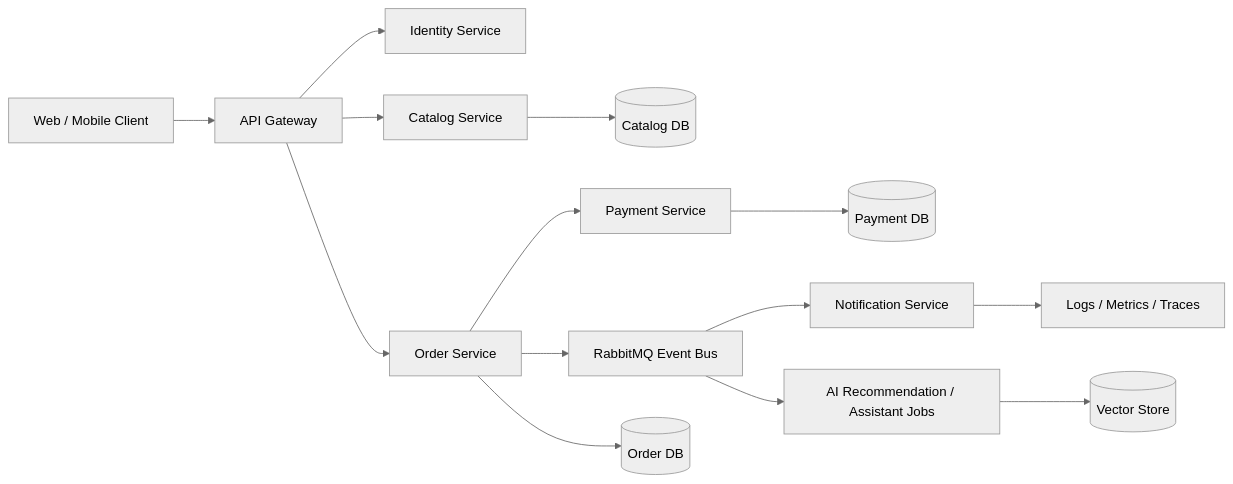
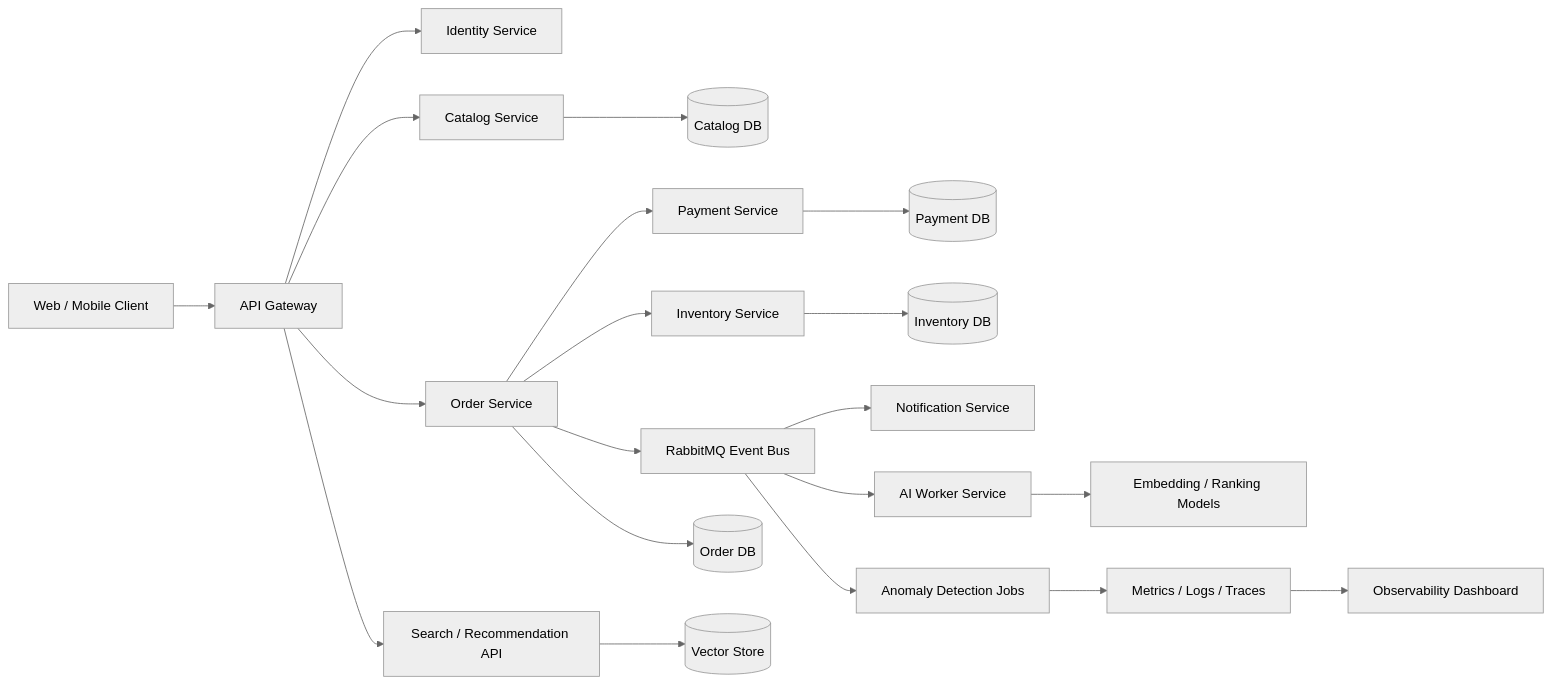
Before and after one commit to burhancabiroglu/burhancabiroglu: the diagram in README.md, drawn with Mermaid (neutral theme). The commit also changed other lines of this file and 2 other files, not shown here.

Commit message:
Highlight AI algorithms and anomaly detection lab

````diff
--- a/README.md
+++ b/README.md
@@ -47,16 +56,22 @@
 ```mermaid
 flowchart LR
     Web["Web / Mobile Client"] --> Gateway["API Gateway"]
     Gateway --> Identity["Identity Service"]
     Gateway --> Catalog["Catalog Service"]
     Gateway --> Order["Order Service"]
+    Gateway --> Search["Search / Recommendation API"]
     Order --> Payment["Payment Service"]
+    Order --> Inventory["Inventory Service"]
     Order --> MQ["RabbitMQ Event Bus"]
     MQ --> Notification["Notification Service"]
-    MQ --> AI["AI Recommendation / Assistant Jobs"]
+    MQ --> AI["AI Worker Service"]
+    MQ --> Anomaly["Anomaly Detection Jobs"]
+    Search --> Vector[("Vector Store")]
+    AI --> Models["Embedding / Ranking Models"]
+    Anomaly --> Metrics["Metrics / Logs / Traces"]
     Catalog --> CatalogDb[("Catalog DB")]
     Order --> OrderDb[("Order DB")]
     Payment --> PaymentDb[("Payment DB")]
-    AI --> Vector[("Vector Store")]
-    Notification --> Observability["Logs / Metrics / Traces"]
+    Inventory --> InventoryDb[("Inventory DB")]
+    Metrics --> Observability["Observability Dashboard"]
 ```
````
